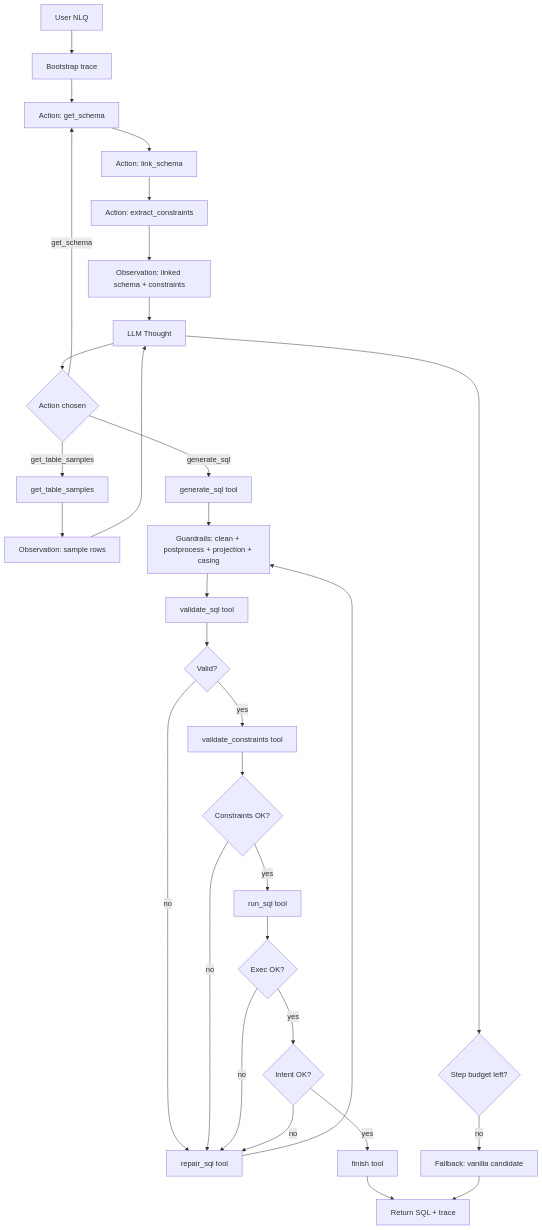
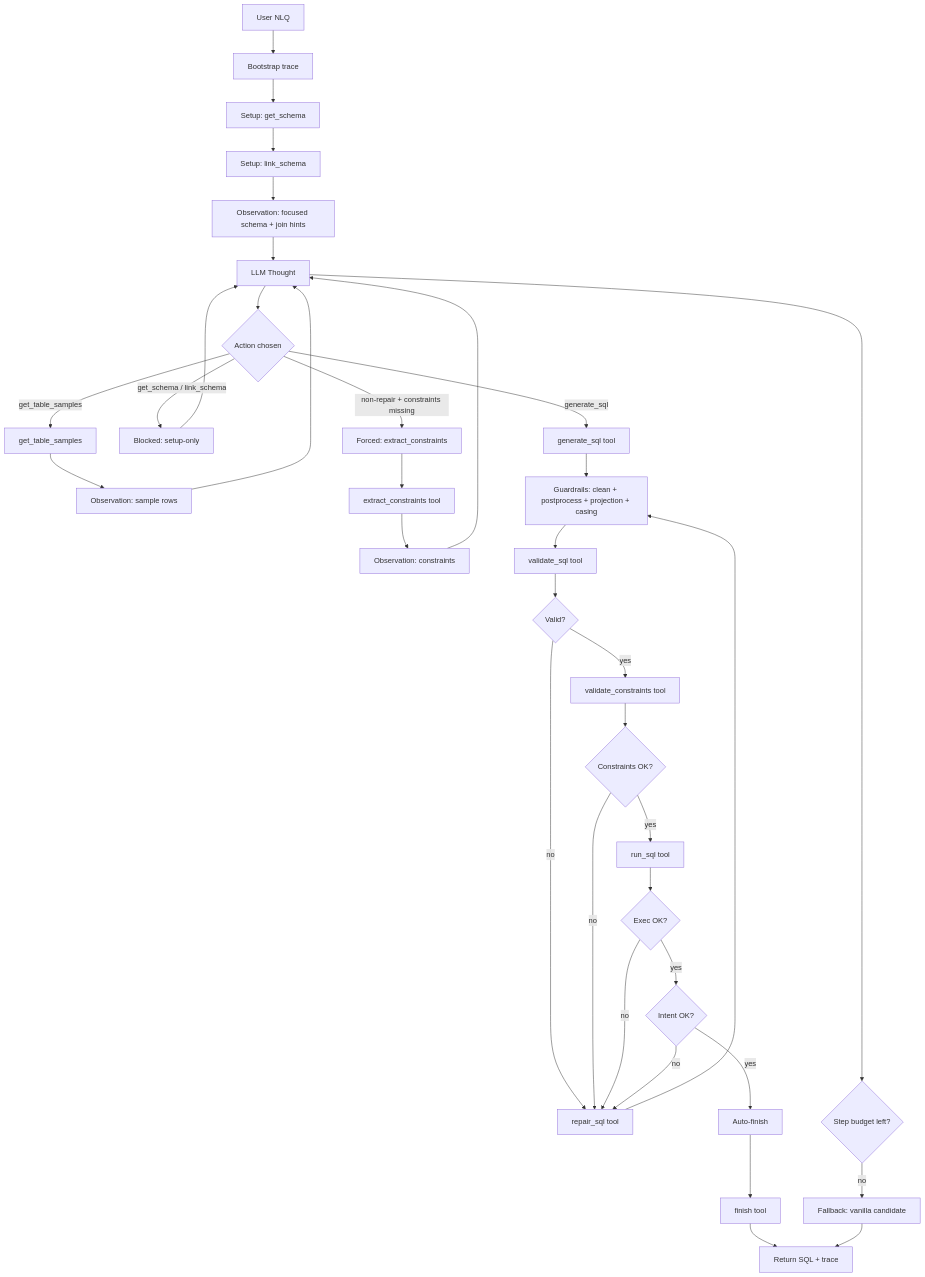
One commit to MacKenzieOBrian/NLtoSQL changed the diagram in 7_REACT_DIAGRAMS.md. Above: the diagram before and after it, drawn with Mermaid. The commit also changed 9 other files, not shown here.

````diff
--- a/7_REACT_DIAGRAMS.md
+++ b/7_REACT_DIAGRAMS.md
@@ -8,39 +8,45 @@
 ```mermaid
 flowchart TD
   A[User NLQ] --> B[Bootstrap trace]
-  B --> B1[Action: get_schema]
-  B1 --> LS[Action: link_schema]
-  LS --> EC[Action: extract_constraints]
-  EC --> B2[Observation: linked schema + constraints]
+  B --> B1[Setup: get_schema]
+  B1 --> LS[Setup: link_schema]
+  LS --> B2[Observation: focused schema + join hints]
   B2 --> C[LLM Thought]
 
   C --> D{Action chosen}
   D -->|get_table_samples| S[get_table_samples]
   S --> S1[Observation: sample rows]
   S1 --> C
 
-  D -->|get_schema| B1
+  D -->|get_schema / link_schema| BLK[Blocked: setup-only]
+  BLK --> C
+
+  D -->|non-repair + constraints missing| FC[Forced: extract_constraints]
+  FC --> EC[extract_constraints tool]
+  EC --> EC1[Observation: constraints]
+  EC1 --> C
 
   D -->|generate_sql| G[generate_sql tool]
   G --> H[Guardrails: clean + postprocess + projection + casing]
   H --> V[validate_sql tool]
   V --> VQ{Valid?}
   VQ -->|no| R[repair_sql tool]
   R --> H
 
   VQ -->|yes| VC[validate_constraints tool]
   VC --> VCQ{Constraints OK?}
   VCQ -->|no| R
   VCQ -->|yes| X[run_sql tool]
   X --> XQ{Exec OK?}
   XQ -->|no| R
   XQ -->|yes| I{Intent OK?}
   I -->|no| R
-  I -->|yes| F[finish tool]
+  I -->|yes| AF[Auto-finish]
+  AF --> F[finish tool]
 
   F --> Z[Return SQL + trace]
 
   C --> SB{Step budget left?}
   SB -->|no| FB[Fallback: vanilla candidate]
   FB --> Z
 ```
````
